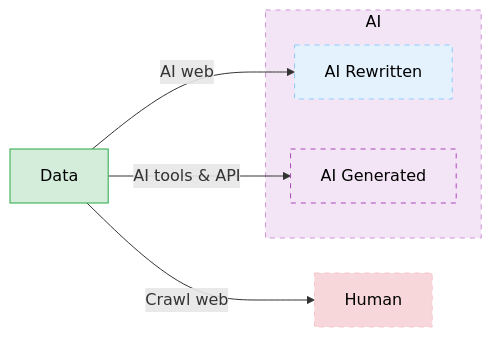
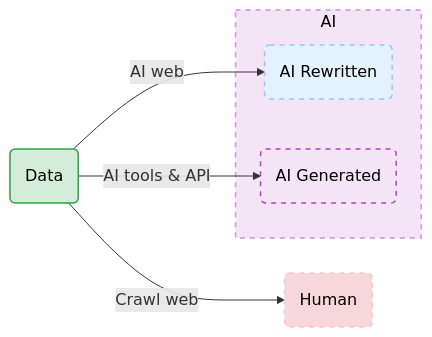
Before and after one commit to deckardLong/ai-content-detection: the second of 2 diagrams in README.md, drawn with Mermaid.

````diff
--- a/README.md
+++ b/README.md
@@ -126,28 +126,28 @@
 ```mermaid
 flowchart LR
-    Data["Data"]
+    Data("Data")
     
     subgraph AI ["AI"]
-        AI_Rewritten["AI Rewritten"]
-        AI_Generated["AI Generated"]
+        AI_Rewritten("AI Rewritten")
+        AI_Generated("AI Generated")
     end
     
-    Human["Human"]
+    Human("Human")
 
     Data -->|AI web| AI_Rewritten
     Data -->|AI tools & API| AI_Generated
     Data -->|Crawl web| Human
 
-    %% Custom style giống với hình gốc
-    classDef dataStyle fill:#d4edda,stroke:#28a745,stroke-width:1px,color:#000;
-    classDef aiGroupStyle fill:#f3e5f5,stroke:#ce93d8,stroke-width:1px,stroke-dasharray: 5 5,color:#000;
-    classDef aiRewrittenStyle fill:#e3f2fd,stroke:#90cafb,stroke-width:1px,stroke-dasharray: 5 5,color:#000;
-    classDef aiGenStyle fill:#f3e5f5,stroke:#ab47bc,stroke-width:1px,stroke-dasharray: 5 5,color:#000;
-    classDef humanStyle fill:#f8d7da,stroke:#f5c6cb,stroke-width:1px,stroke-dasharray: 5 5,color:#000;
+    %% Styling bo tròn góc & viền nét đứt giống hình gốc
+    classDef dataStyle fill:#d4edda,stroke:#28a745,stroke-width:1.5px,color:#000;
+    classDef aiGroupStyle fill:#f3e5f5,stroke:#ce93d8,stroke-width:1.5px,stroke-dasharray: 5 5,color:#000;
+    classDef aiRewrittenStyle fill:#e3f2fd,stroke:#90cafb,stroke-width:1.5px,stroke-dasharray: 5 5,color:#000;
+    classDef aiGenStyle fill:#f3e5f5,stroke:#ab47bc,stroke-width:1.5px,stroke-dasharray: 5 5,color:#000;
+    classDef humanStyle fill:#f8d7da,stroke:#f5c6cb,stroke-width:1.5px,stroke-dasharray: 5 5,color:#000;
 
     class Data dataStyle;
     class AI aiGroupStyle;
     class AI_Rewritten aiRewrittenStyle;
     class AI_Generated aiGenStyle;
     class Human humanStyle;
 ```
````
